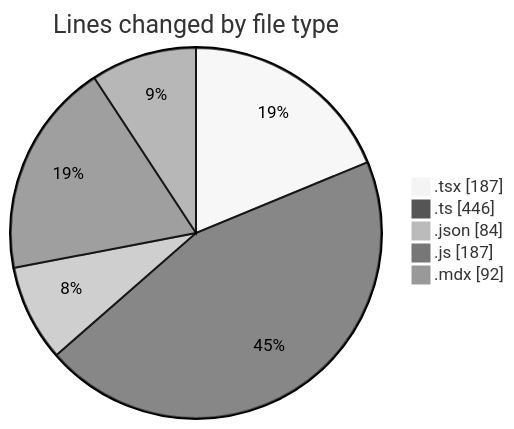
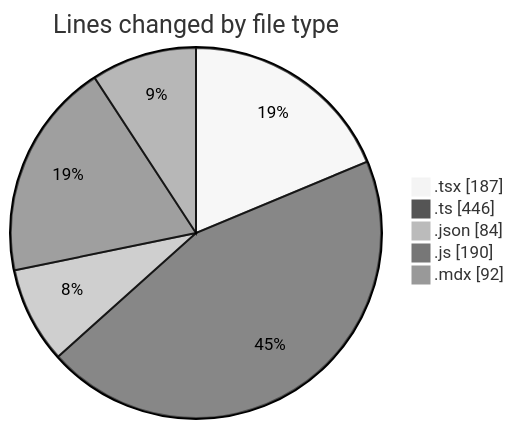
One commit to momahboobian/code-tracking changed the first of 2 diagrams in 2026-03-30/cda/README.md. Above: the diagram before and after it, drawn with Mermaid (neutral theme). The commit also changed other lines of this file and 1 other file, not shown here.

````diff
--- a/2026-03-30/cda/README.md
+++ b/2026-03-30/cda/README.md
@@ -24,9 +24,9 @@
 ```mermaid
 pie showData
 title Lines changed by file type
 ".tsx" : 187
 ".ts" : 446
 ".json" : 84
-".js" : 187
+".js" : 190
 ".mdx" : 92
 ```
````
